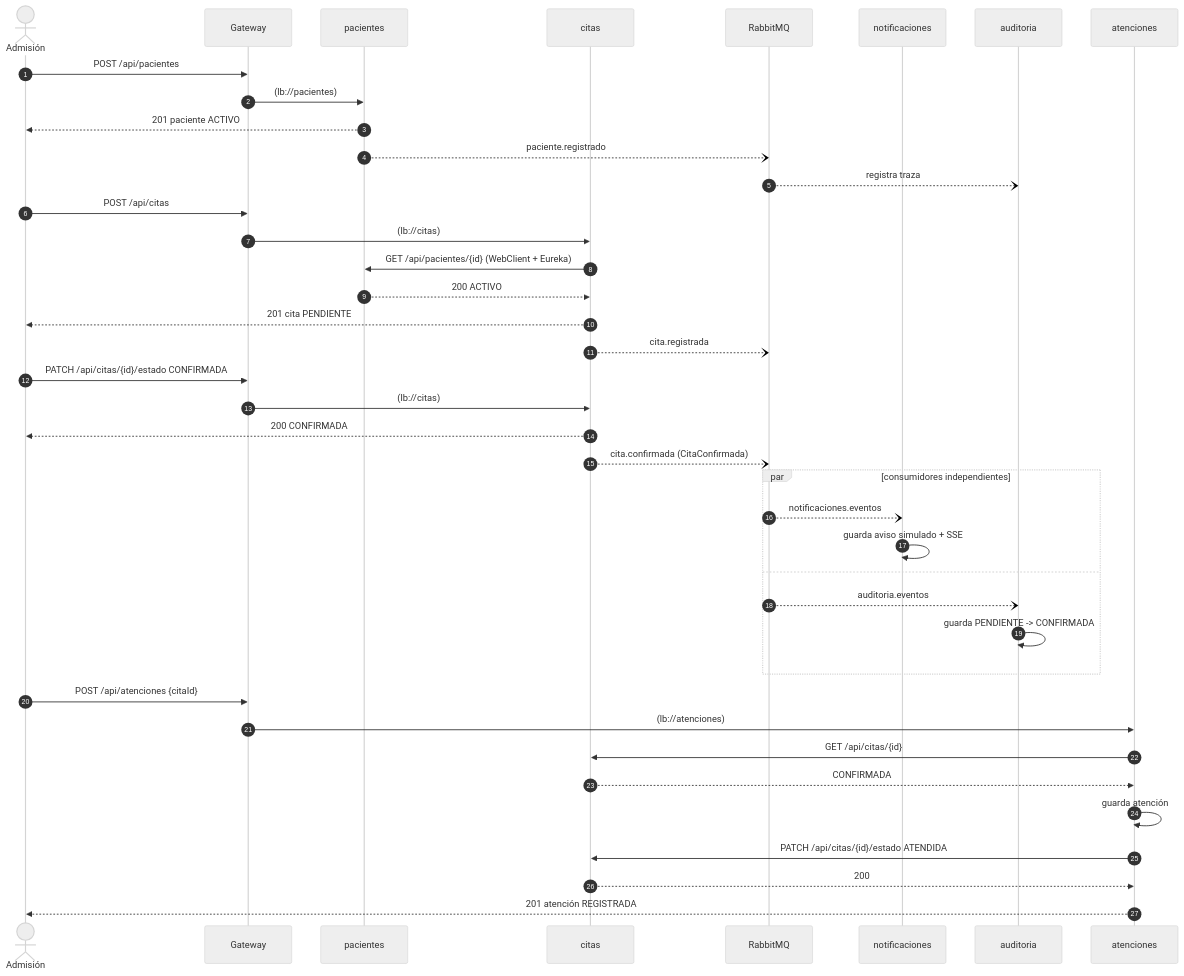
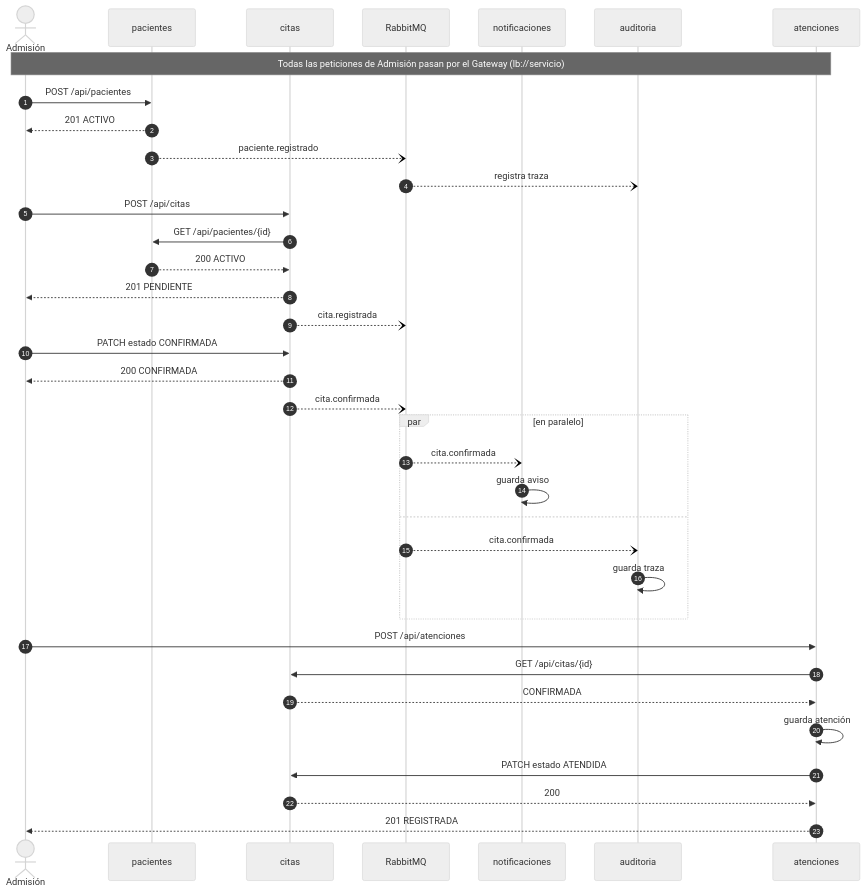
Before and after one commit to samsumg10/D_Aplicaciones_Web_II_T2: the second of 4 diagrams in docs/DOCUMENTO_TECNICO.md, drawn with Mermaid (neutral theme). The commit also changed other lines of this file and 1 other file, not shown here.

Commit message:
Refactor technical document: Simplify microservices flow, remove Gateway references, and enhance state diagram clarity

````diff
--- a/docs/DOCUMENTO_TECNICO.md
+++ b/docs/DOCUMENTO_TECNICO.md
@@ -302,46 +302,42 @@
 ```mermaid
 sequenceDiagram
     autonumber
     actor A as Admisión
-    participant GW as Gateway
     participant P as pacientes
     participant C as citas
     participant R as RabbitMQ
     participant N as notificaciones
     participant AU as auditoria
     participant AT as atenciones
 
-    A->>GW: POST /api/pacientes
-    GW->>P: (lb://pacientes)
-    P-->>A: 201 paciente ACTIVO
+    Note over A,AT: Todas las peticiones de Admisión pasan por el Gateway (lb://servicio)
+    A->>P: POST /api/pacientes
+    P-->>A: 201 ACTIVO
     P--)R: paciente.registrado
     R--)AU: registra traza
 
-    A->>GW: POST /api/citas
-    GW->>C: (lb://citas)
-    C->>P: GET /api/pacientes/{id} (WebClient + Eureka)
+    A->>C: POST /api/citas
+    C->>P: GET /api/pacientes/{id}
     P-->>C: 200 ACTIVO
-    C-->>A: 201 cita PENDIENTE
+    C-->>A: 201 PENDIENTE
     C--)R: cita.registrada
 
-    A->>GW: PATCH /api/citas/{id}/estado CONFIRMADA
-    GW->>C: (lb://citas)
+    A->>C: PATCH estado CONFIRMADA
     C-->>A: 200 CONFIRMADA
-    C--)R: cita.confirmada (CitaConfirmada)
-    par consumidores independientes
-        R--)N: notificaciones.eventos
-        N->>N: guarda aviso simulado + SSE
+    C--)R: cita.confirmada
+    par en paralelo
+        R--)N: cita.confirmada
+        N->>N: guarda aviso
     and
-        R--)AU: auditoria.eventos
-        AU->>AU: guarda PENDIENTE -> CONFIRMADA
+        R--)AU: cita.confirmada
+        AU->>AU: guarda traza
     end
 
-    A->>GW: POST /api/atenciones {citaId}
-    GW->>AT: (lb://atenciones)
+    A->>AT: POST /api/atenciones
     AT->>C: GET /api/citas/{id}
     C-->>AT: CONFIRMADA
     AT->>AT: guarda atención
-    AT->>C: PATCH /api/citas/{id}/estado ATENDIDA
+    AT->>C: PATCH estado ATENDIDA
     C-->>AT: 200
-    AT-->>A: 201 atención REGISTRADA
+    AT-->>A: 201 REGISTRADA
 ```
````
